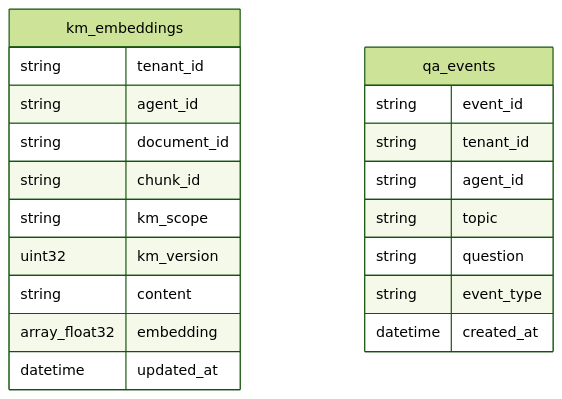
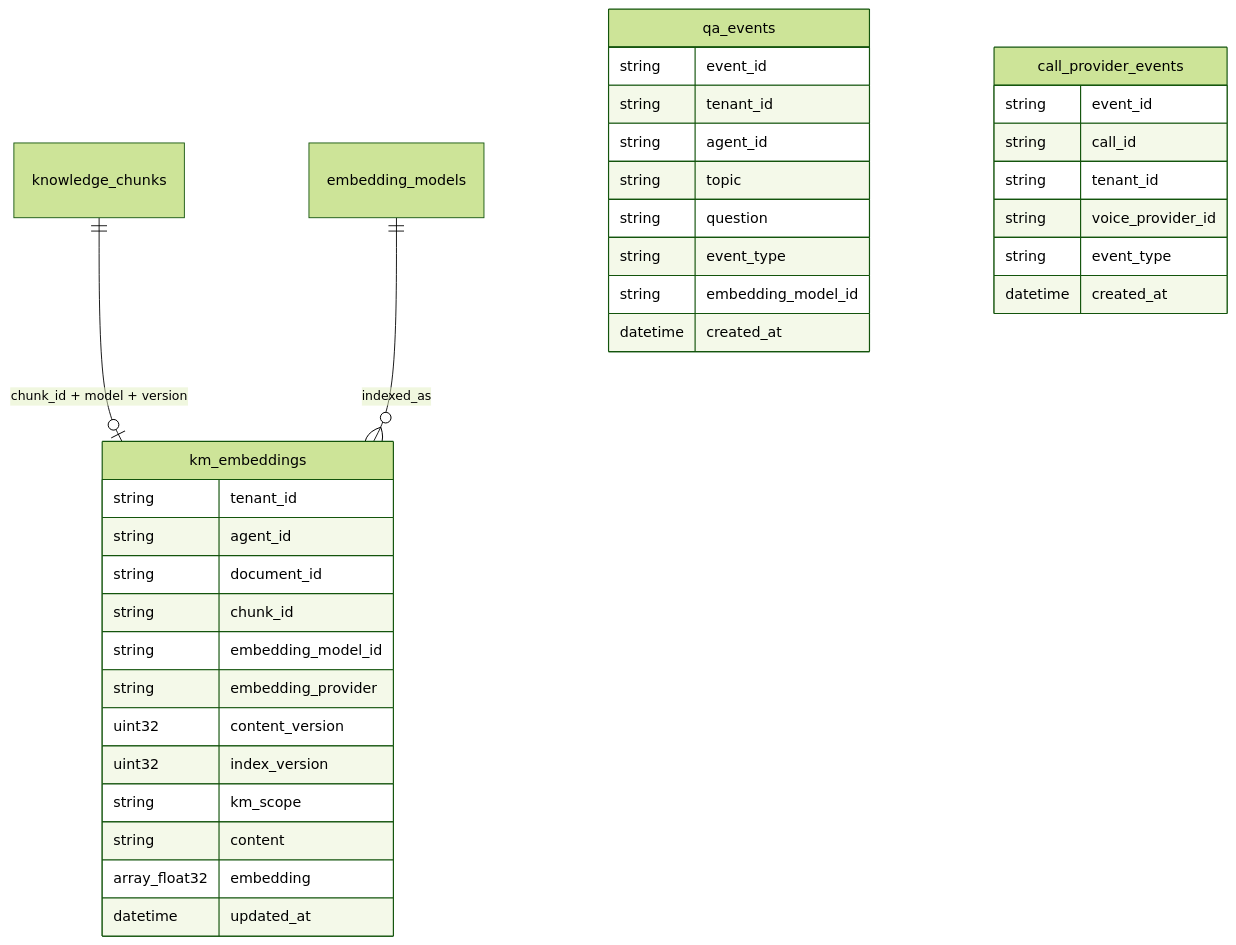
The third of 3 diagrams in docs/sdlc/02-design/er-diagram.md (apaichon/monti-jarvis), drawn with Mermaid (forest theme) before and after one commit. The commit also changed other lines of this file, not shown here.

First line of the commit message:
docs(er): KM chunks/embeddings tied to embedding model and voice provider

````diff
--- a/docs/sdlc/02-design/er-diagram.md
+++ b/docs/sdlc/02-design/er-diagram.md
@@ -143,24 +240,40 @@
 ```mermaid
 erDiagram
+  knowledge_chunks ||--o| km_embeddings : "chunk_id + model + version"
+  embedding_models ||--o{ km_embeddings : indexed_as
+
   km_embeddings {
     string tenant_id
     string agent_id
     string document_id
     string chunk_id
+    string embedding_model_id
+    string embedding_provider
+    uint32 content_version
+    uint32 index_version
     string km_scope
-    uint32 km_version
     string content
     array_float32 embedding
     datetime updated_at
   }
 
   qa_events {
     string event_id
     string tenant_id
     string agent_id
     string topic
     string question
     string event_type
+    string embedding_model_id
+    datetime created_at
+  }
+
+  call_provider_events {
+    string event_id
+    string call_id
+    string tenant_id
+    string voice_provider_id
+    string event_type
     datetime created_at
   }
 ```
````
